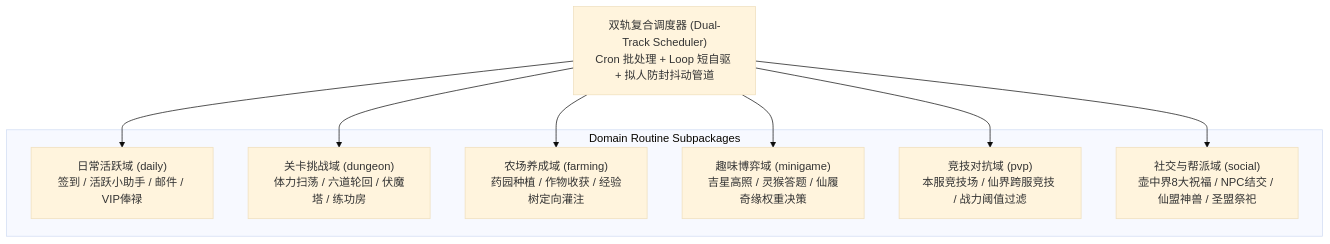
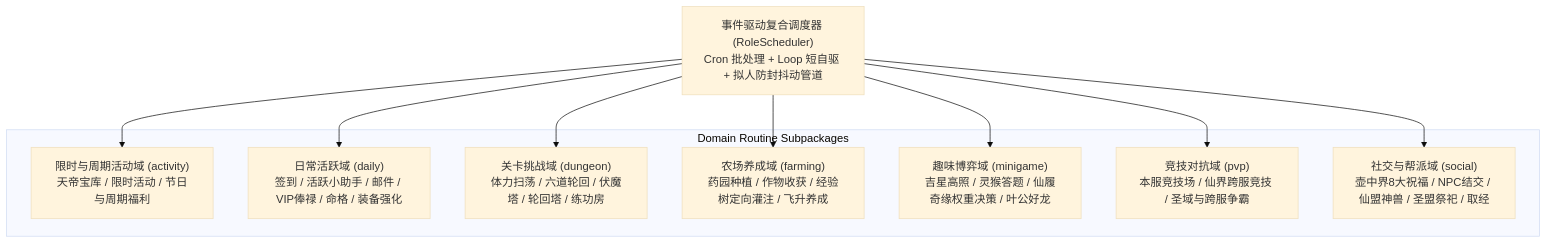
The first of 2 diagrams in docs/routine-spec.md (niuchangsheng/sxd), drawn with Mermaid (base theme) before and after one commit. The commit also changed other lines of this file and 7 other files, not shown here.

Commit message:
docs: 项目文档统一更名为 sxd-auto，同步最新架构与数据字典并新增 SVG 架构图

````diff
--- a/docs/routine-spec.md
+++ b/docs/routine-spec.md
@@ -10,20 +10,22 @@
 ```mermaid
 flowchart TD
-    Scheduler["双轨复合调度器 (Dual-Track Scheduler)<br/>Cron 批处理 + Loop 短自驱 + 拟人防封抖动管道"]
+    Scheduler["事件驱动复合调度器 (RoleScheduler)<br/>Cron 批处理 + Loop 短自驱 + 拟人防封抖动管道"]
 
-    subgraph 六大领域玩法包 ["Domain Routine Subpackages"]
-        Daily["日常活跃域 (daily)<br/>签到 / 活跃小助手 / 邮件 / VIP俸禄"]
-        Dungeon["关卡挑战域 (dungeon)<br/>体力扫荡 / 六道轮回 / 伏魔塔 / 练功房"]
-        Farming["农场养成域 (farming)<br/>药园种植 / 作物收获 / 经验树定向灌注"]
-        Minigame["趣味博弈域 (minigame)<br/>吉星高照 / 灵猴答题 / 仙履奇缘权重决策"]
-        PVP["竞技对抗域 (pvp)<br/>本服竞技场 / 仙界跨服竞技 / 战力阈值过滤"]
-        Social["社交与帮派域 (social)<br/>壶中界8大祝福 / NPC结交 / 仙盟神兽 / 圣盟祭祀"]
+    subgraph 七大领域玩法包 ["Domain Routine Subpackages"]
+        Activity["限时与周期活动域 (activity)<br/>天帝宝库 / 限时活动 / 节日与周期福利"]
+        Daily["日常活跃域 (daily)<br/>签到 / 活跃小助手 / 邮件 / VIP俸禄 / 命格 / 装备强化"]
+        Dungeon["关卡挑战域 (dungeon)<br/>体力扫荡 / 六道轮回 / 伏魔塔 / 轮回塔 / 练功房"]
+        Farming["农场养成域 (farming)<br/>药园种植 / 作物收获 / 经验树定向灌注 / 飞升养成"]
+        Minigame["趣味博弈域 (minigame)<br/>吉星高照 / 灵猴答题 / 仙履奇缘权重决策 / 叶公好龙"]
+        PVP["竞技对抗域 (pvp)<br/>本服竞技场 / 仙界跨服竞技 / 圣域与跨服争霸"]
+        Social["社交与帮派域 (social)<br/>壶中界8大祝福 / NPC结交 / 仙盟神兽 / 圣盟祭祀 / 取经"]
     end
 
+    Scheduler --> Activity
     Scheduler --> Daily
     Scheduler --> Dungeon
     Scheduler --> Farming
     Scheduler --> Minigame
     Scheduler --> PVP
     Scheduler --> Social
 ```
````
